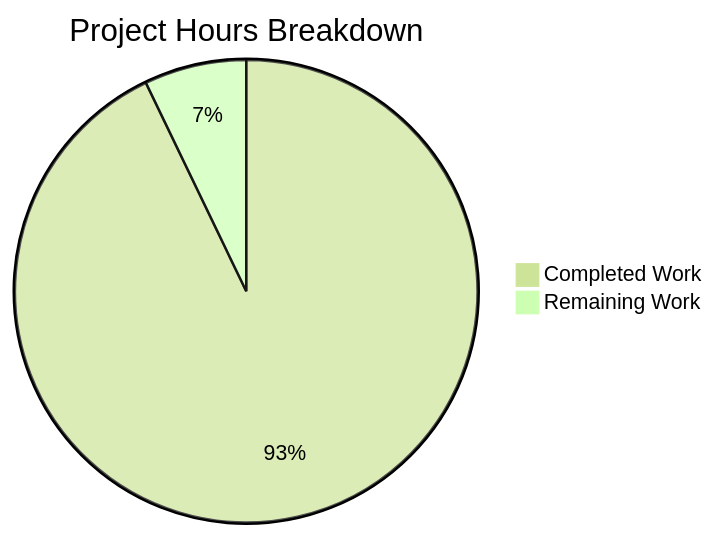
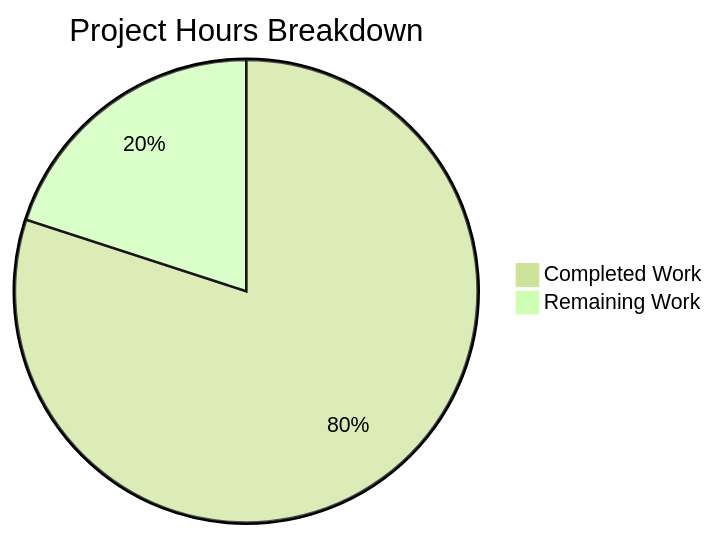
The diagram in blitzy/documentation/Project Guide.md (Sandeep01Kumar/10-dec-existing-projects-qa-test-1), drawn with Mermaid (forest theme) before and after one commit. The commit also changed other lines of this file, not shown here.

Commit message:
Adding Blitzy Project Guide: Project Status and Human Tasks Remaining

````diff
--- a/blitzy/documentation/Project Guide.md
+++ b/blitzy/documentation/Project Guide.md
@@ -84,5 +62,5 @@
 ```mermaid
 pie title Project Hours Breakdown
-    "Completed Work" : 26
-    "Remaining Work" : 2
+    "Completed Work" : 16
+    "Remaining Work" : 4
 ```
````
